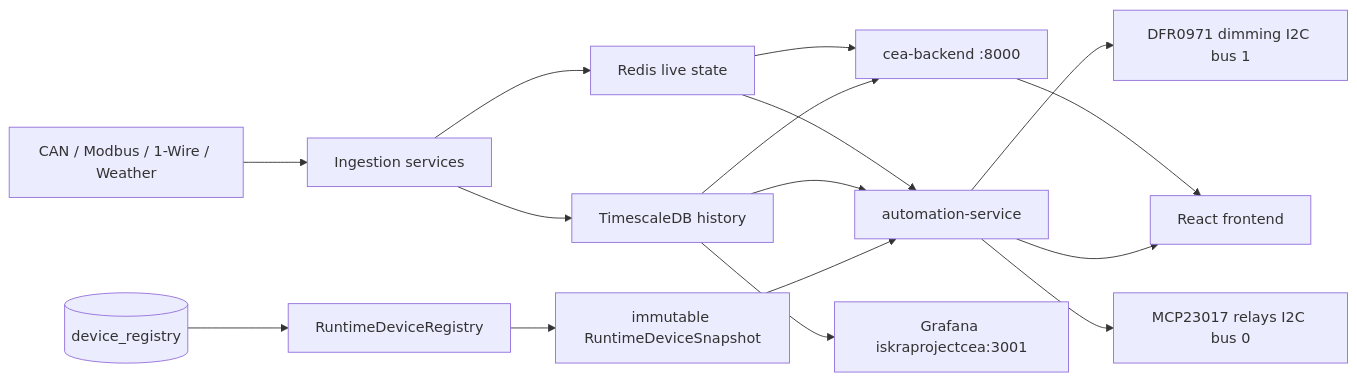
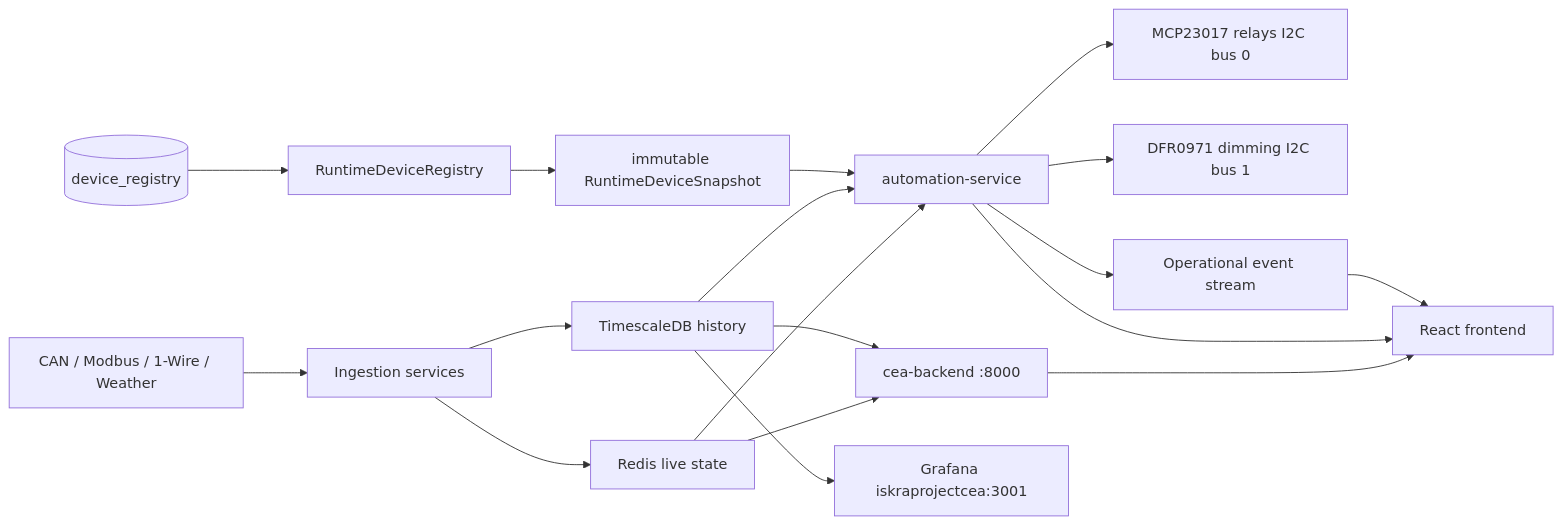
Before and after one commit to Phoenix5595/ProjectCEA: the diagram in ARCHITECTURE.md, drawn with Mermaid. The commit also changed other lines of this file and 3 other files, not shown here.

First line of the commit message:
docs(events): document operational event runbook

````diff
--- a/ARCHITECTURE.md
+++ b/ARCHITECTURE.md
@@ -7,18 +7,20 @@
 ```mermaid
 flowchart LR
   Sensors[CAN / Modbus / 1-Wire / Weather] --> Ingest[Ingestion services]
   Ingest --> Redis[Redis live state]
   Ingest --> Timescale[TimescaleDB history]
   Redis --> Automation[automation-service]
   Timescale --> Automation
   Registry[(device_registry)] --> Runtime[RuntimeDeviceRegistry]
   Runtime --> Snapshot[immutable RuntimeDeviceSnapshot]
   Snapshot --> Automation
   Automation --> MCP[MCP23017 relays I2C bus 0]
   Automation --> DFR[DFR0971 dimming I2C bus 1]
   Redis --> Backend[cea-backend :8000]
   Timescale --> Backend
   Backend --> Frontend[React frontend]
   Automation --> Frontend
+  Automation --> Events[Operational event stream]
+  Events --> Frontend
   Timescale --> Grafana[Grafana iskraprojectcea:3001]
 ```
````
